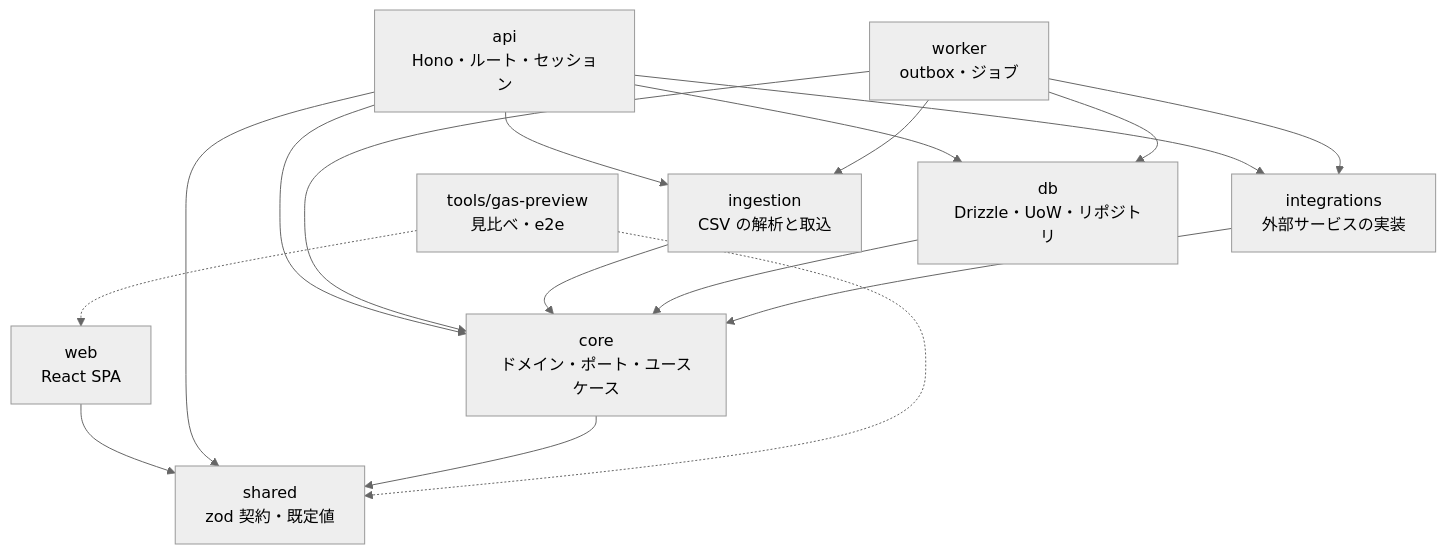
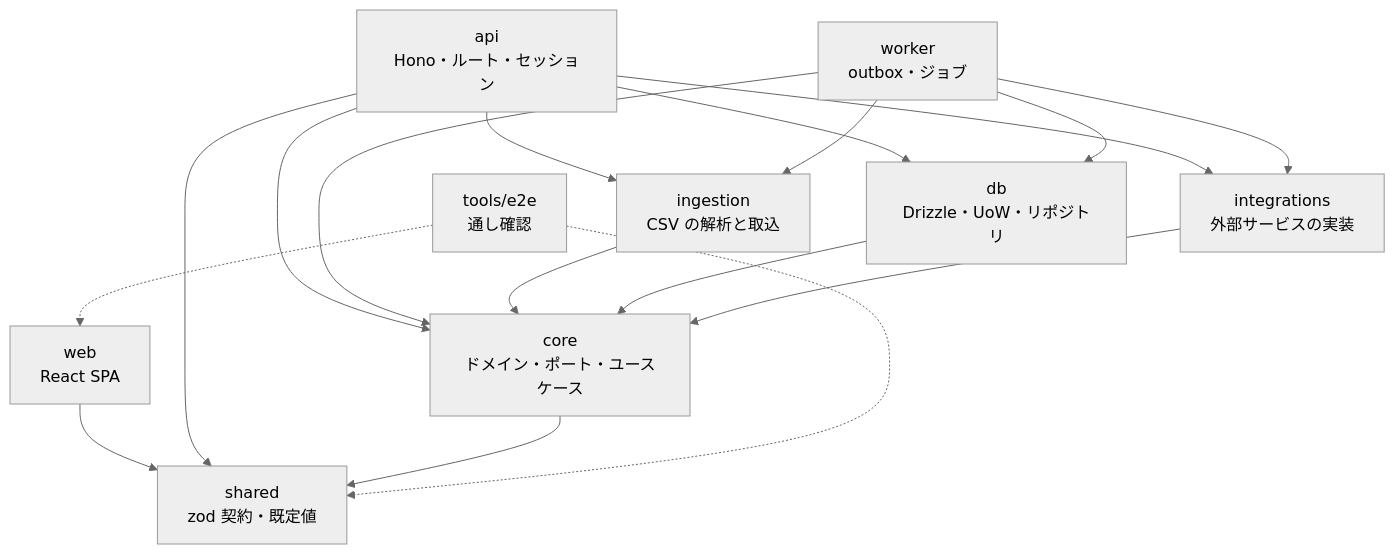
Before and after one commit to katahimo-dev/katahimo-app: the second of 5 diagrams in doc/01_システム概要.md, drawn with Mermaid (neutral theme). The commit also changed other lines of this file and 44 other files, not shown here.

First line of the commit message:
GAS版との画面の見比べハーネス(tools/gas-preview)を廃止し、通し確認(e2e)だけを tools/e2e に切り出す

````diff
--- a/doc/01_システム概要.md
+++ b/doc/01_システム概要.md
@@ -84,11 +85,11 @@
 ```mermaid
 flowchart TB
   web[web<br/>React SPA] --> shared
   api[api<br/>Hono・ルート・セッション] --> core & db & integrations & ingestion & shared
   worker[worker<br/>outbox・ジョブ] --> core & db & integrations & ingestion
   ingestion[ingestion<br/>CSV の解析と取込] --> core
   db[db<br/>Drizzle・UoW・リポジトリ] --> core
   integrations[integrations<br/>外部サービスの実装] --> core
   core[core<br/>ドメイン・ポート・ユースケース] --> shared[shared<br/>zod 契約・既定値]
-  preview[tools/gas-preview<br/>見比べ・e2e] -.-> web & shared
+  e2e[tools/e2e<br/>通し確認] -.-> web & shared
 ```
````
